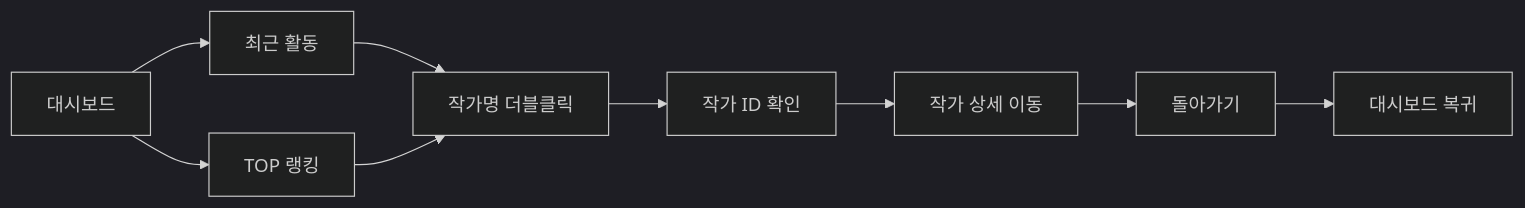
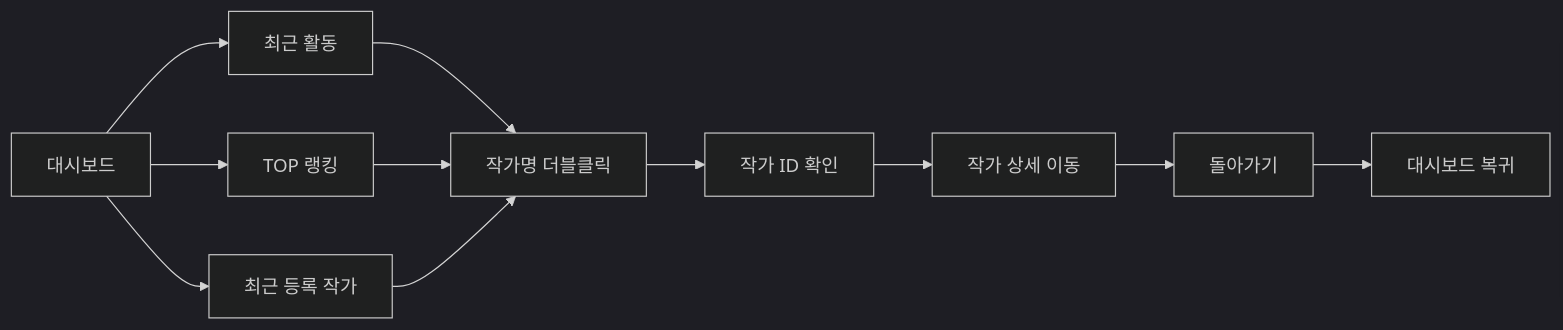
One commit to PKT0623/PixivLocalManager changed the third of 44 diagrams in docs/03_SYSTEM_FLOW.md. Above: the diagram before and after it, drawn with Mermaid (dark theme). The commit also changed other lines of this file and 10 other files, not shown here.

Commit message:
docs: update V2 completion status and V3 roadmap

````diff
--- a/docs/03_SYSTEM_FLOW.md
+++ b/docs/03_SYSTEM_FLOW.md
@@ -66,17 +69,19 @@
 ```mermaid
 flowchart LR
 
 A[대시보드]
 
 A --> B[최근 활동]
 A --> C[TOP 랭킹]
+A --> D[최근 등록 작가]
 
-B --> D[작가명 더블클릭]
-C --> D
+B --> E[작가명 더블클릭]
+C --> E
+D --> E
 
-D --> E[작가 ID 확인]
-E --> F[작가 상세 이동]
+E --> F[작가 ID 확인]
+F --> G[작가 상세 이동]
 
-F --> G[돌아가기]
-G --> H[대시보드 복귀]
+G --> H[돌아가기]
+H --> I[대시보드 복귀]
 ```
````
